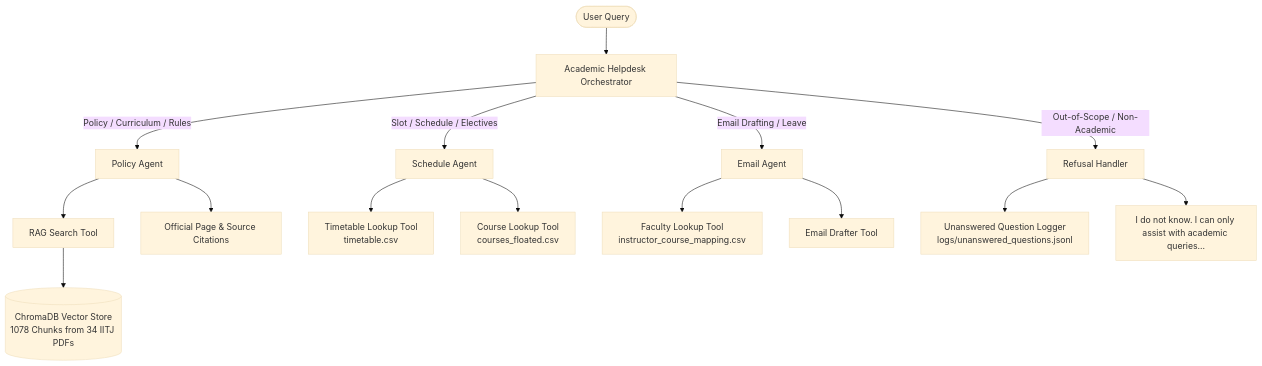
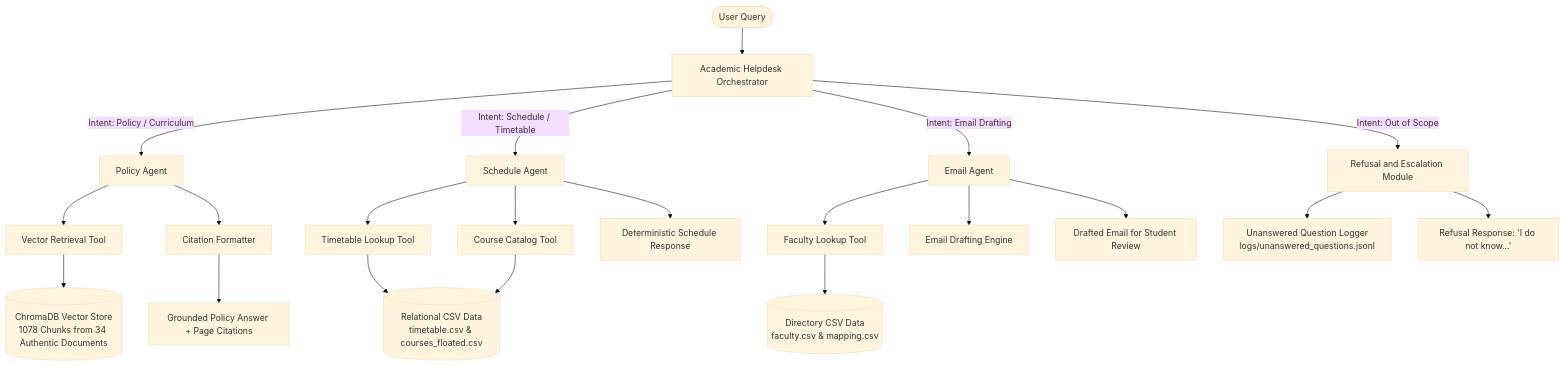
Before and after one commit to Akankshasingh1005/Autonomous_System_Assignment2: the diagram in README.md, drawn with Mermaid (base theme). The commit also changed other lines of this file, not shown here.

````diff
--- a/README.md
+++ b/README.md
@@ -27,22 +36,28 @@
 ```mermaid
 flowchart TD
     User([User Query]) --> Orch[Academic Helpdesk Orchestrator]
     
-    Orch -->|Policy / Curriculum / Rules| PA[Policy Agent]
-    Orch -->|Slot / Schedule / Electives| SA[Schedule Agent]
-    Orch -->|Email Drafting / Leave| EA[Email Agent]
-    Orch -->|Out-of-Scope / Non-Academic| Refuse[Refusal Handler]
+    Orch -->|Intent: Policy / Curriculum| PA[Policy Agent]
+    Orch -->|Intent: Schedule / Timetable| SA[Schedule Agent]
+    Orch -->|Intent: Email Drafting| EA[Email Agent]
+    Orch -->|Intent: Out of Scope| RefusalHandler[Refusal and Escalation Module]
     
-    PA --> RAG[RAG Search Tool]
-    RAG --> Chroma[(ChromaDB Vector Store\n1078 Chunks from 34 IITJ PDFs)]
-    PA --> Citations[Official Page & Source Citations]
+    PA --> RAGTool[Vector Retrieval Tool]
+    RAGTool --> ChromaDB[(ChromaDB Vector Store\n1078 Chunks from 34 Authentic Documents)]
+    PA --> Formatter[Citation Formatter]
+    Formatter --> FinalPolicyAns[Grounded Policy Answer + Page Citations]
     
-    SA --> TT[Timetable Lookup Tool\ntimetable.csv]
-    SA --> CL[Course Lookup Tool\ncourses_floated.csv]
+    SA --> TTTool[Timetable Lookup Tool]
+    SA --> CatalogTool[Course Catalog Tool]
+    TTTool --> RelationalData[(Relational CSV Data\ntimetable.csv & courses_floated.csv)]
+    CatalogTool --> RelationalData
+    SA --> FinalScheduleAns[Deterministic Schedule Response]
     
-    EA --> FL[Faculty Lookup Tool\ninstructor_course_mapping.csv]
-    EA --> ED[Email Drafter Tool]
+    EA --> FacultyTool[Faculty Lookup Tool]
+    EA --> DrafterTool[Email Drafting Engine]
+    FacultyTool --> FacultyData[(Directory CSV Data\nfaculty.csv & mapping.csv)]
+    EA --> FinalEmailAns[Drafted Email for Student Review]
     
-    Refuse --> Logger[Unanswered Question Logger\nlogs/unanswered_questions.jsonl]
-    Refuse --> UserRefusal["I do not know. I can only assist with academic queries..."]
+    RefusalHandler --> Logger[Unanswered Question Logger\nlogs/unanswered_questions.jsonl]
+    RefusalHandler --> RefusalResponse["Refusal Response: 'I do not know...'"]
 ```
````
